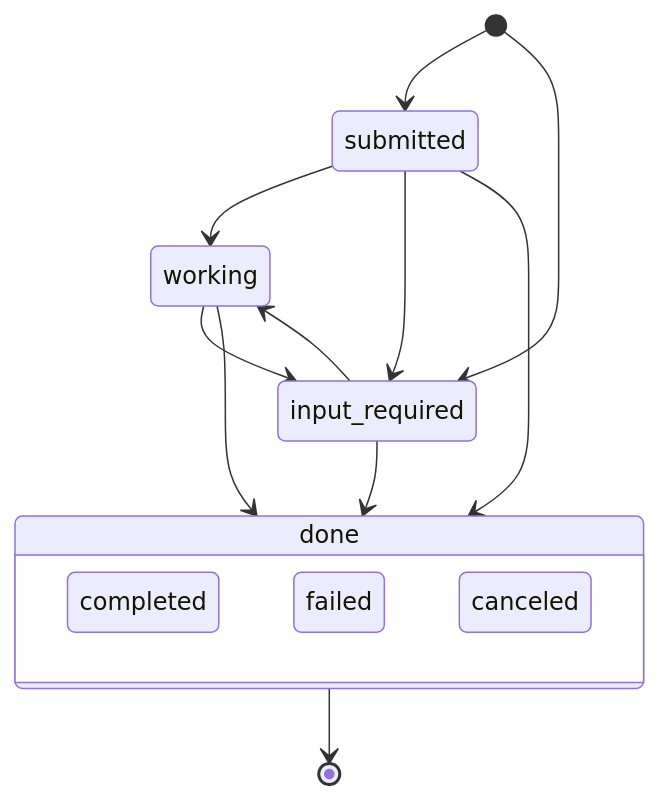
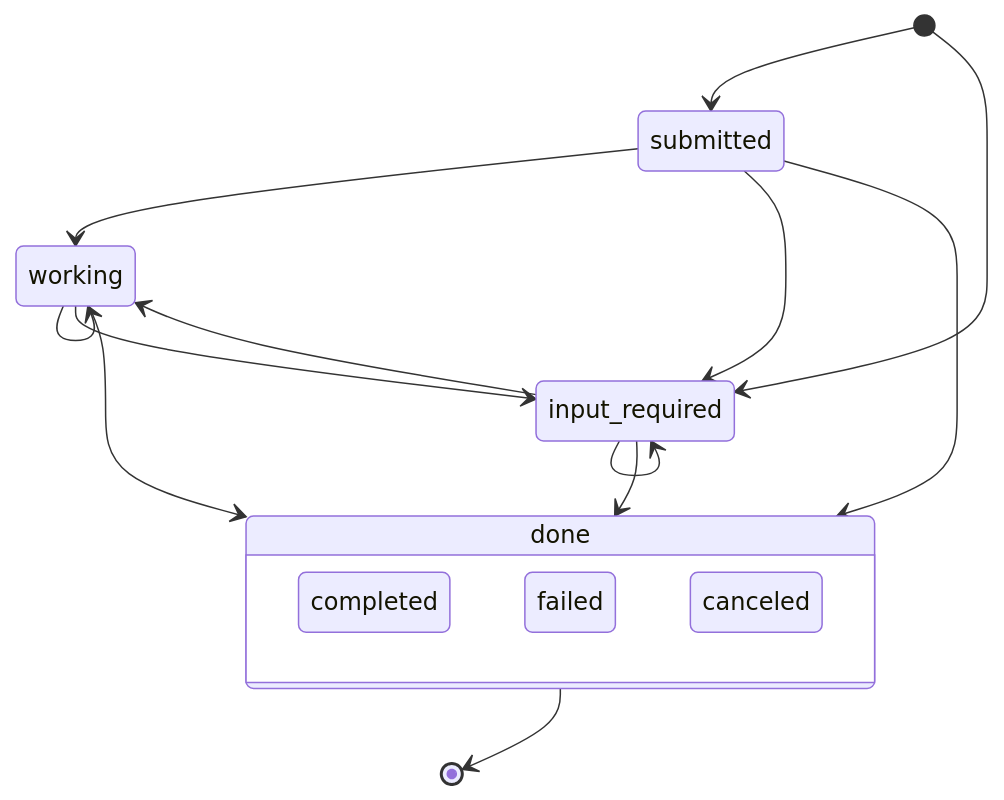
One commit to shipd-now/shipd changed the diagram in docs/multi-agent-pr.md. Above: the diagram before and after it, drawn with Mermaid. The commit also changed other lines of this file and 1 other file, not shown here.

````diff
--- a/docs/multi-agent-pr.md
+++ b/docs/multi-agent-pr.md
@@ -24,18 +24,20 @@
 ```mermaid
 stateDiagram-v2
     [*] --> submitted
     [*] --> input_required
     submitted --> working
     submitted --> input_required
+    working --> working
     working --> input_required
     input_required --> working
+    input_required --> input_required
     submitted --> done
     working --> done
     input_required --> done
     state done {
         completed
         failed
         canceled
     }
     done --> [*]
 ```
````
